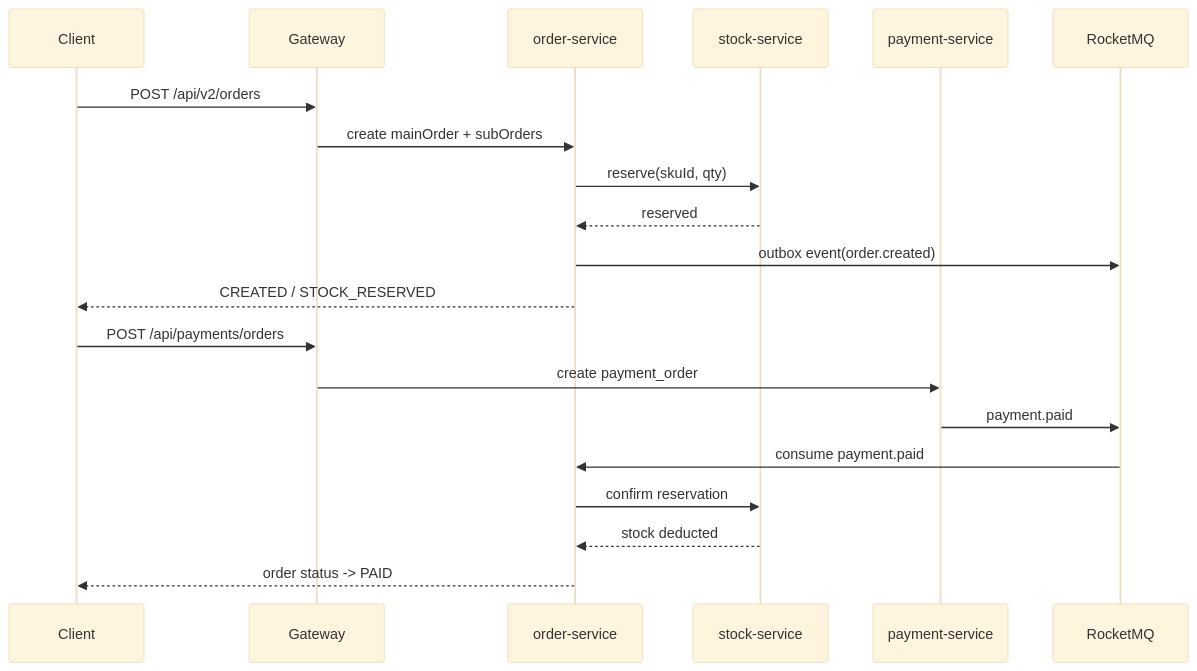
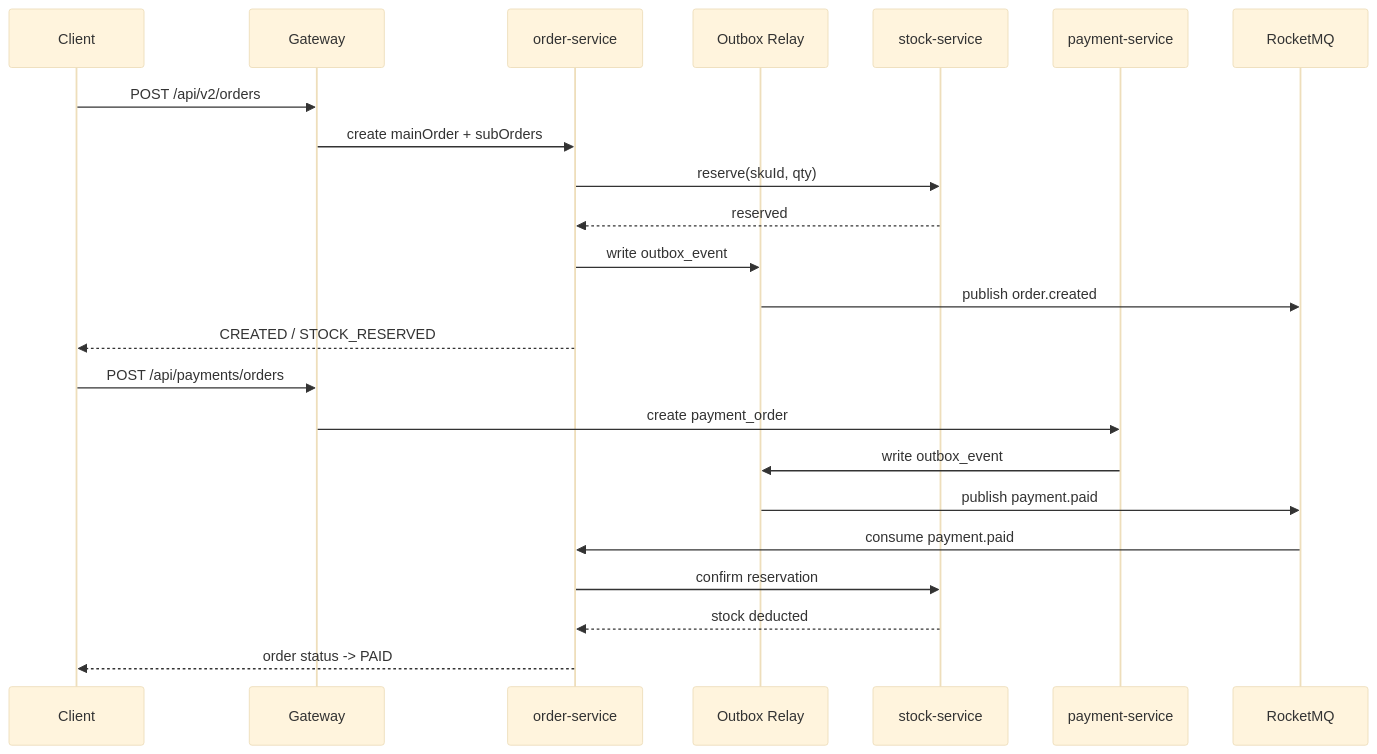
The second of 4 diagrams in README.md (USERON8/cloud), drawn with Mermaid (base theme) before and after one commit. The commit also changed other lines of this file and 1 other file, not shown here.

Commit message:
docs: update root readmes for current architecture

````diff
--- a/README.md
+++ b/README.md
@@ -183,24 +192,27 @@
 ```mermaid
 sequenceDiagram
     participant C as Client
     participant GW as Gateway
     participant O as order-service
+    participant OB as Outbox Relay
     participant S as stock-service
     participant P as payment-service
     participant MQ as RocketMQ
 
     C->>GW: POST /api/v2/orders
     GW->>O: create mainOrder + subOrders
     O->>S: reserve(skuId, qty)
     S-->>O: reserved
-    O->>MQ: outbox event(order.created)
+    O->>OB: write outbox_event
+    OB->>MQ: publish order.created
     O-->>C: CREATED / STOCK_RESERVED
 
     C->>GW: POST /api/payments/orders
     GW->>P: create payment_order
-    P->>MQ: payment.paid
+    P->>OB: write outbox_event
+    OB->>MQ: publish payment.paid
     MQ->>O: consume payment.paid
     O->>S: confirm reservation
     S-->>O: stock deducted
     O-->>C: order status -> PAID
 ```
````
